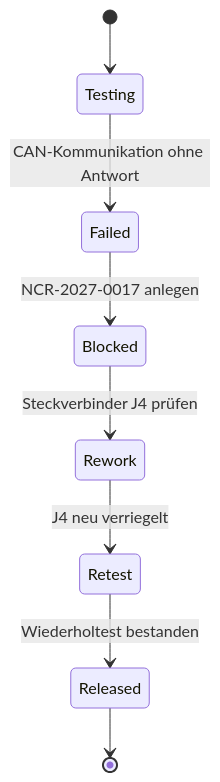
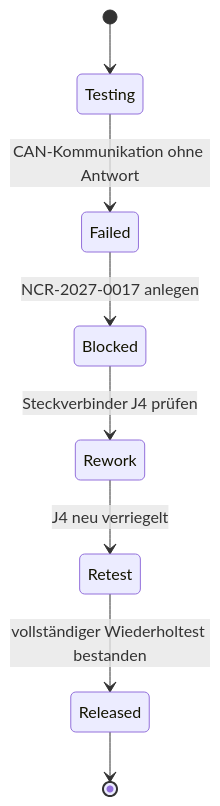
The diagram in docs/processes/order-to-cash/quality.md (BasKjell/ERP_Eigenbau), drawn with Mermaid before and after one commit. The commit also changed other lines of this file and 247 other files, not shown here.

````diff
--- a/docs/processes/order-to-cash/quality.md
+++ b/docs/processes/order-to-cash/quality.md
@@ -19,10 +81,10 @@
 ```mermaid
 stateDiagram-v2
   [*] --> Testing
   Testing --> Failed: CAN-Kommunikation ohne Antwort
   Failed --> Blocked: NCR-2027-0017 anlegen
   Blocked --> Rework: Steckverbinder J4 prüfen
   Rework --> Retest: J4 neu verriegelt
-  Retest --> Released: Wiederholtest bestanden
+  Retest --> Released: vollständiger Wiederholtest bestanden
   Released --> [*]
 ```
````
